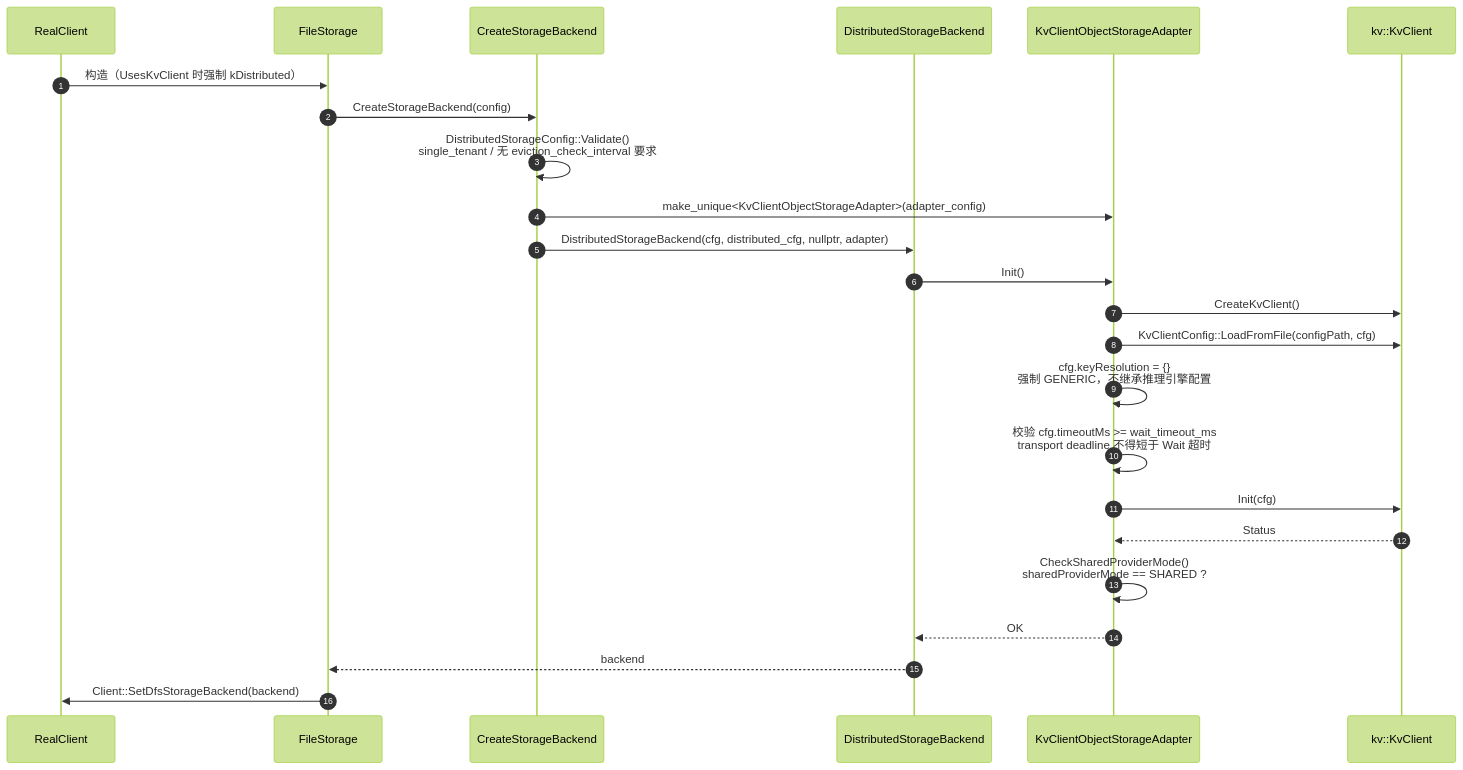
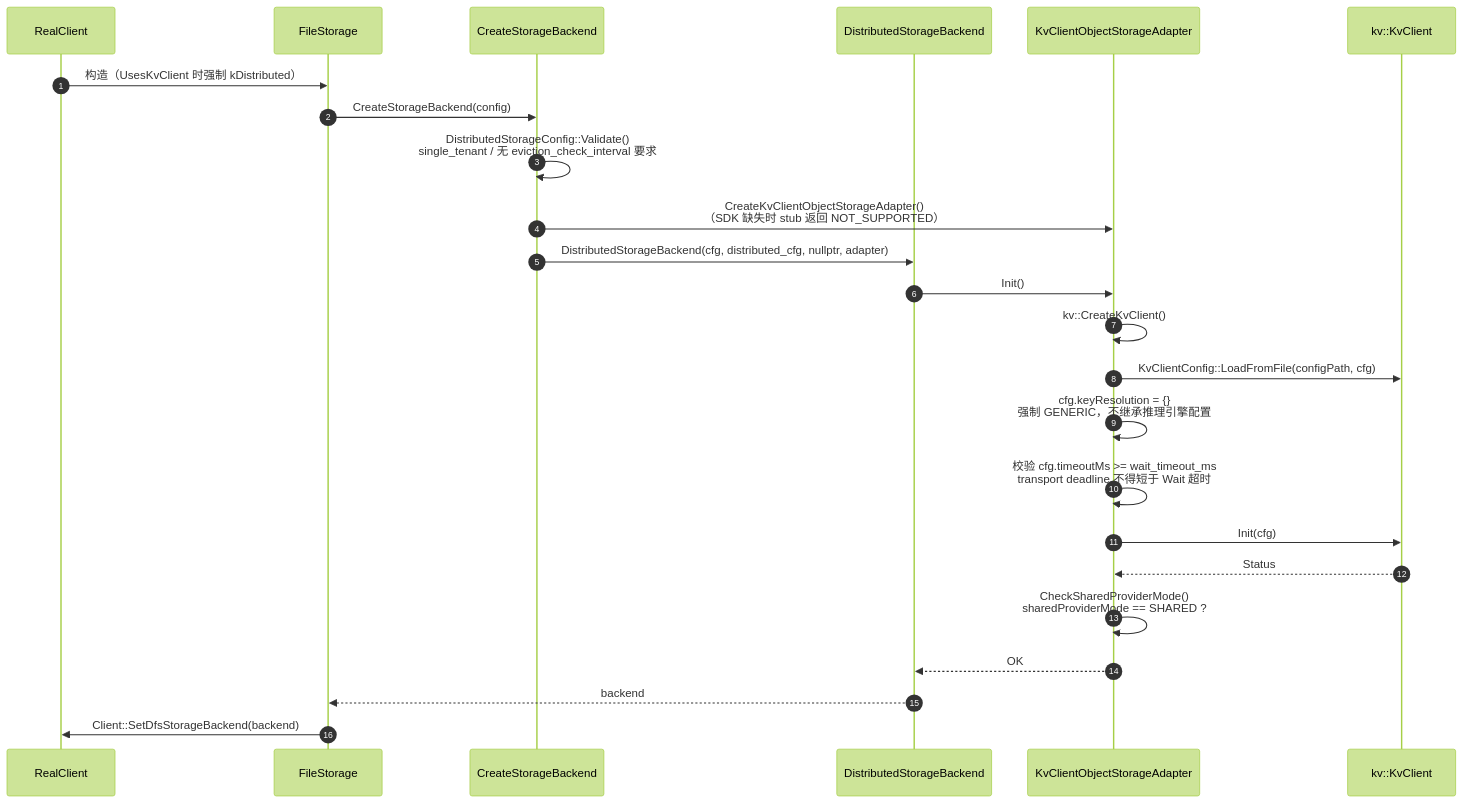
Before and after one commit to zwj20000328-dotcom/Mooncake-documents: the eighth of 13 diagrams in Mooncake + KVClient L3 接入（Kvcs）- v3.md, drawn with Mermaid (forest theme). The commit also changed other lines of this file, not shown here.

Commit message:
docs: call the UCM kvClient directly behind a vendor-free factory

````diff
--- a/Mooncake + KVClient L3 接入（Kvcs）- v3.md
+++ b/Mooncake + KVClient L3 接入（Kvcs）- v3.md
@@ -559,27 +559,27 @@
 ```mermaid
 sequenceDiagram
     autonumber
     participant RC as RealClient
     participant FS as FileStorage
     participant F as CreateStorageBackend
     participant BE as DistributedStorageBackend
     participant AD as KvClientObjectStorageAdapter
     participant SDK as kv::KvClient
 
     RC->>FS: 构造（UsesKvClient 时强制 kDistributed）
     FS->>F: CreateStorageBackend(config)
     F->>F: DistributedStorageConfig::Validate()<br/>single_tenant / 无 eviction_check_interval 要求
-    F->>AD: make_unique<KvClientObjectStorageAdapter>(adapter_config)
+    F->>AD: CreateKvClientObjectStorageAdapter()<br/>（SDK 缺失时 stub 返回 NOT_SUPPORTED）
     F->>BE: DistributedStorageBackend(cfg, distributed_cfg, nullptr, adapter)
     BE->>AD: Init()
-    AD->>SDK: CreateKvClient()
+    AD->>AD: kv::CreateKvClient()
     AD->>SDK: KvClientConfig::LoadFromFile(configPath, cfg)
     AD->>AD: cfg.keyResolution = {}<br/>强制 GENERIC，不继承推理引擎配置
     AD->>AD: 校验 cfg.timeoutMs >= wait_timeout_ms<br/>transport deadline 不得短于 Wait 超时
     AD->>SDK: Init(cfg)
     SDK-->>AD: Status
     AD->>AD: CheckSharedProviderMode()<br/>sharedProviderMode == SHARED ?
     AD-->>BE: OK
     BE-->>FS: backend
     FS->>RC: Client::SetDfsStorageBackend(backend)
 ```
````
